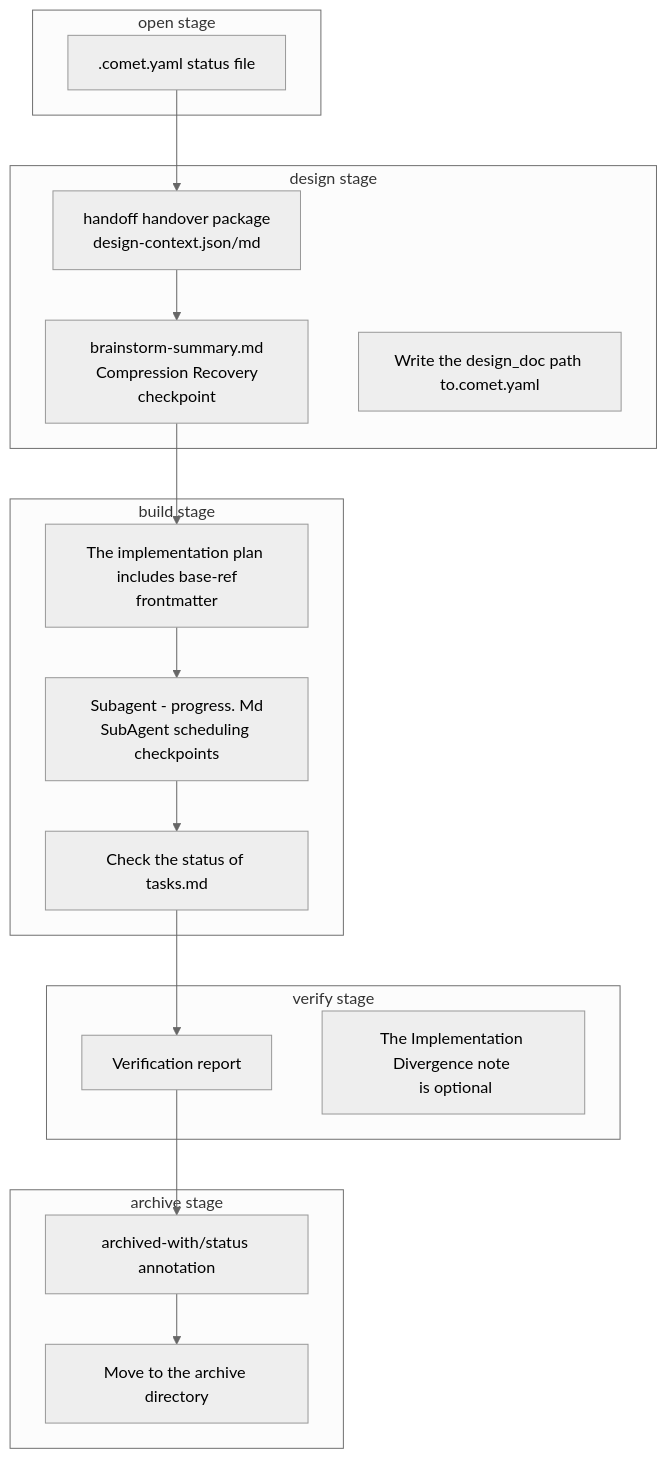
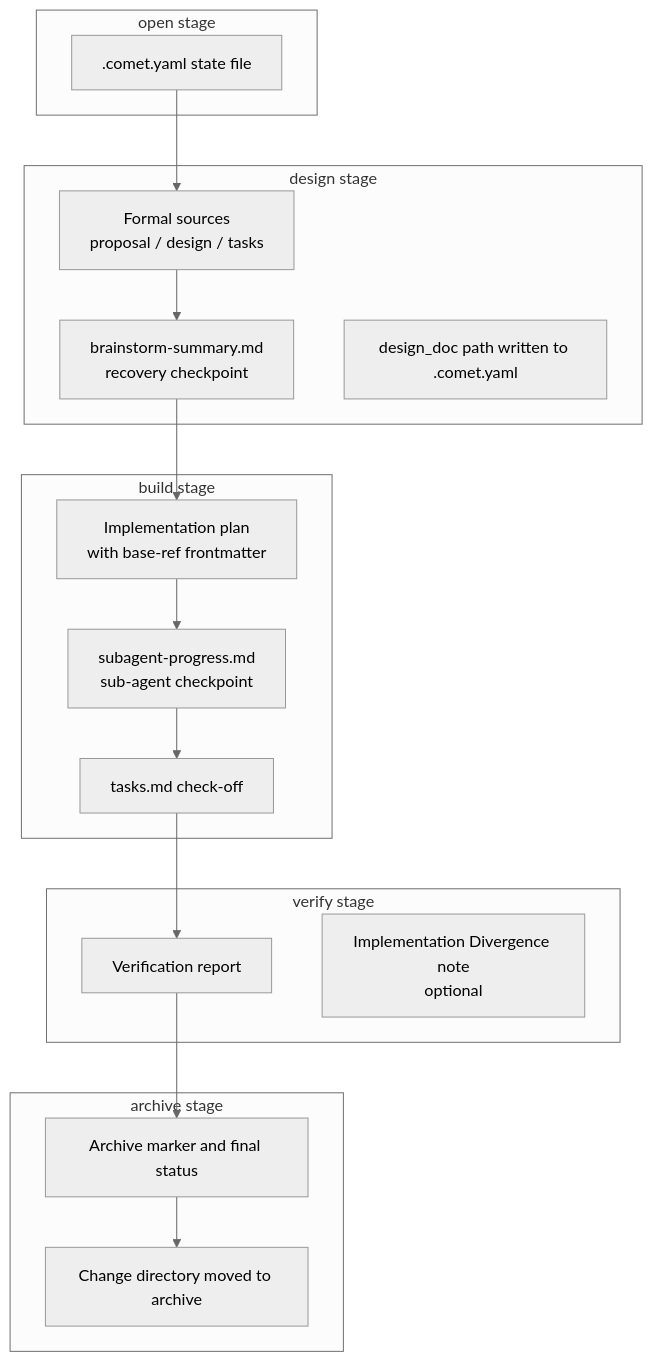
One commit to rpamis/comet-website-docs changed the diagram in en/concepts/intermediate-artifacts.mdx. Above: the diagram before and after it, drawn with Mermaid (neutral theme). The commit also changed other lines of this file and 51 other files, not shown here.

````diff
--- a/en/concepts/intermediate-artifacts.mdx
+++ b/en/concepts/intermediate-artifacts.mdx
@@ -12,32 +12,32 @@
 ```mermaid
 flowchart TD
-  subgraph open[""open stage""]
-    O1[".comet.yaml status file"]
+  subgraph open["open stage"]
+    O1[".comet.yaml state file"]
   end
   subgraph design["design stage"]
-    D1["handoff handover package <br/>design-context.json/md"]
-    D2["brainstorm-summary.md<br/> Compression Recovery checkpoint"]
-    D3["Write the design_doc path to.comet.yaml"]
+    D1["Formal sources<br/>proposal / design / tasks"]
+    D2["brainstorm-summary.md<br/>recovery checkpoint"]
+    D3["design_doc path written to .comet.yaml"]
   end
-  subgraph build[""build stage""]
-    B1["The implementation plan <br/> includes base-ref frontmatter"]
-    B2["Subagent - progress. Md<br/>SubAgent scheduling checkpoints"]
-    B3["Check the status of tasks.md"]
+  subgraph build["build stage"]
+    B1["Implementation plan<br/>with base-ref frontmatter"]
+    B2["subagent-progress.md<br/>sub-agent checkpoint"]
+    B3["tasks.md check-off"]
   end
   subgraph verify["verify stage"]
     V1["Verification report"]
-    V2["The Implementation Divergence note <br/> is optional"]
+    V2["Implementation Divergence note<br/>optional"]
   end
   subgraph archive["archive stage"]
-    A1["archived-with/status annotation"]
-    A2["Move to the archive directory"]
+    A1["Archive marker and final status"]
+    A2["Change directory moved to archive"]
   end
   O1 --> D1
   D1 --> D2
   D2 --> B1
   B1 --> B2
   B2 --> B3
   B3 --> V1
   V1 --> A1
   A1 --> A2
 ```
````
